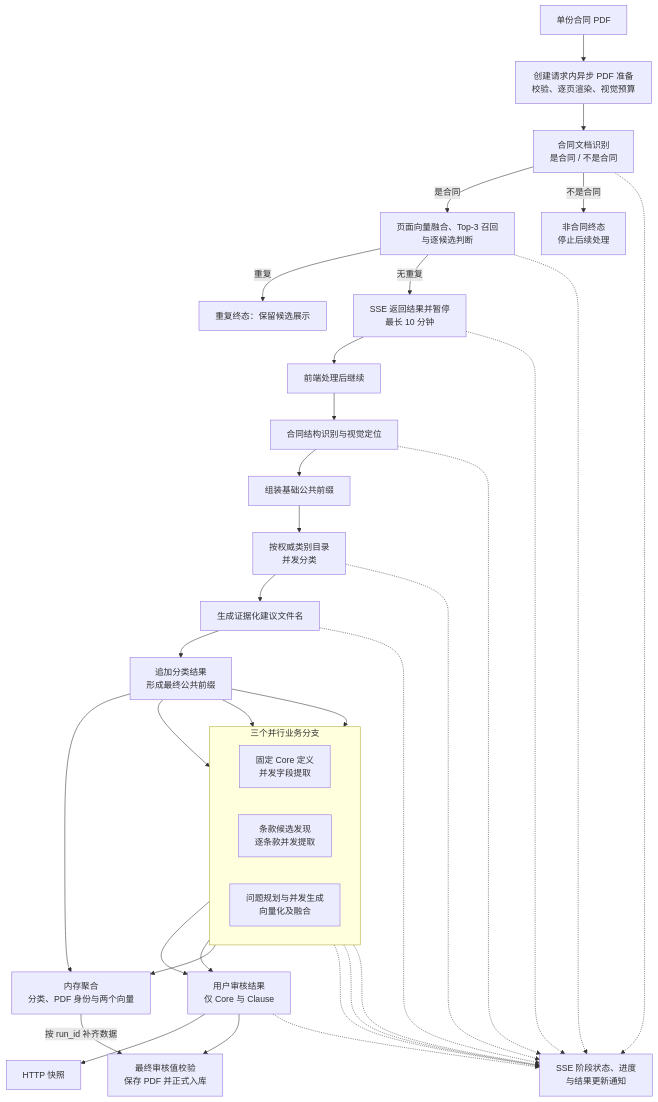
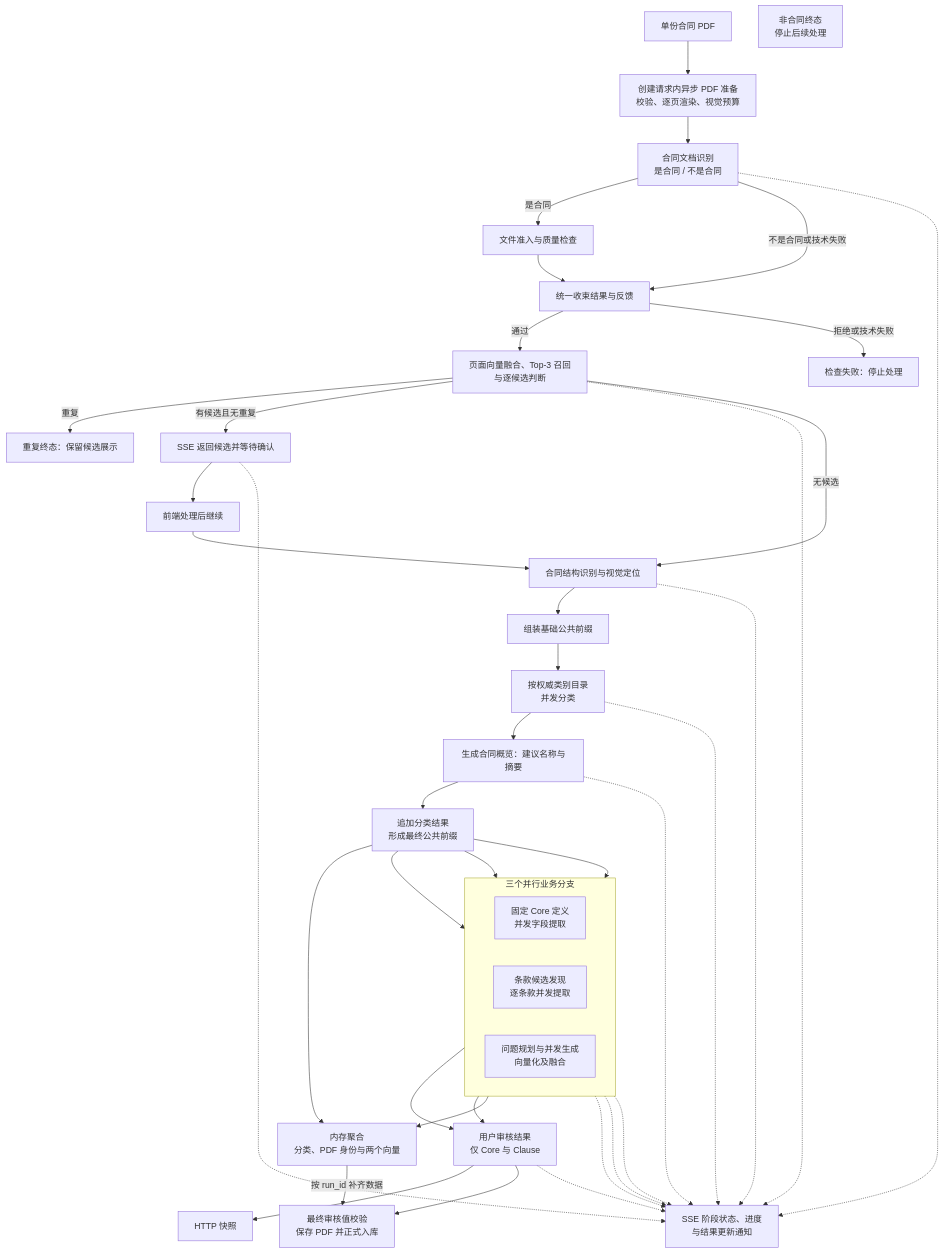
Before and after one commit to caicai-6666/contract-service-be: the diagram in description/project.md, drawn with Mermaid. The commit also changed other lines of this file and 351 other files, not shown here.

````diff
--- a/description/project.md
+++ b/description/project.md
@@ -139,54 +143,58 @@
 ```mermaid
 flowchart TD
     pdf["单份合同 PDF"]
     preparation["创建请求内异步 PDF 准备<br/>校验、逐页渲染、视觉预算"]
     detection["合同文档识别<br/>是合同 / 不是合同"]
     rejected["非合同终态<br/>停止后续处理"]
     dedup["页面向量融合、Top-3 召回<br/>与逐候选判断"]
-    pause["SSE 返回结果并暂停<br/>最长 10 分钟"]
+    pause["SSE 返回候选并等待确认"]
     continue["前端处理后继续"]
     understanding["合同结构识别与视觉定位"]
     base_context["组装基础公共前缀"]
     classification["按权威类别目录<br/>并发分类"]
-    file_name["生成证据化建议文件名"]
+    file_name["生成合同概览：建议名称与摘要"]
     prefill_context["追加分类结果<br/>形成最终公共前缀"]
 
     subgraph parallel_branches["三个并行业务分支"]
         direction LR
         core["固定 Core 定义<br/>并发字段提取"]
         clause["条款候选发现<br/>逐条款并发提取"]
         retrieval["问题规划与并发生成<br/>向量化及融合"]
     end
 
     internal_result["内存聚合<br/>分类、PDF 身份与两个向量"]
     review_result["用户审核结果<br/>仅 Core 与 Clause"]
     snapshot["HTTP 快照"]
     ingestion["最终审核值校验<br/>保存 PDF 并正式入库"]
     sse["SSE 阶段状态、进度<br/>与结果更新通知"]
 
     pdf --> preparation --> detection
-    detection -->|是合同| dedup
+    detection -->|是合同| preliminary["文件准入与质量检查"]
+    preliminary --> admission["统一收束结果与反馈"]
+    admission -->|通过| dedup
+    admission -->|拒绝或技术失败| quality_failure["检查失败：停止处理"]
     dedup -->|重复| duplicate_end["重复终态：保留候选展示"]
-    dedup -->|无重复| pause --> continue --> understanding --> base_context --> classification --> file_name --> prefill_context
-    detection -->|不是合同| rejected
+    dedup -->|有候选且无重复| pause --> continue --> understanding --> base_context --> classification --> file_name --> prefill_context
+    detection -->|不是合同或技术失败| admission
     prefill_context --> core
     prefill_context --> clause
     prefill_context --> retrieval
     core --> review_result
     clause --> review_result
     retrieval --> internal_result
     prefill_context --> internal_result
     review_result --> snapshot
     review_result --> ingestion
     internal_result -->|按 run_id 补齐数据| ingestion
     understanding -.-> sse
     detection -.-> sse
     dedup -.-> sse
+    dedup -->|无候选| understanding
     pause -.-> sse
     classification -.-> sse
     file_name -.-> sse
     core -.-> sse
     clause -.-> sse
     retrieval -.-> sse
     review_result -.-> sse
 ```
````
